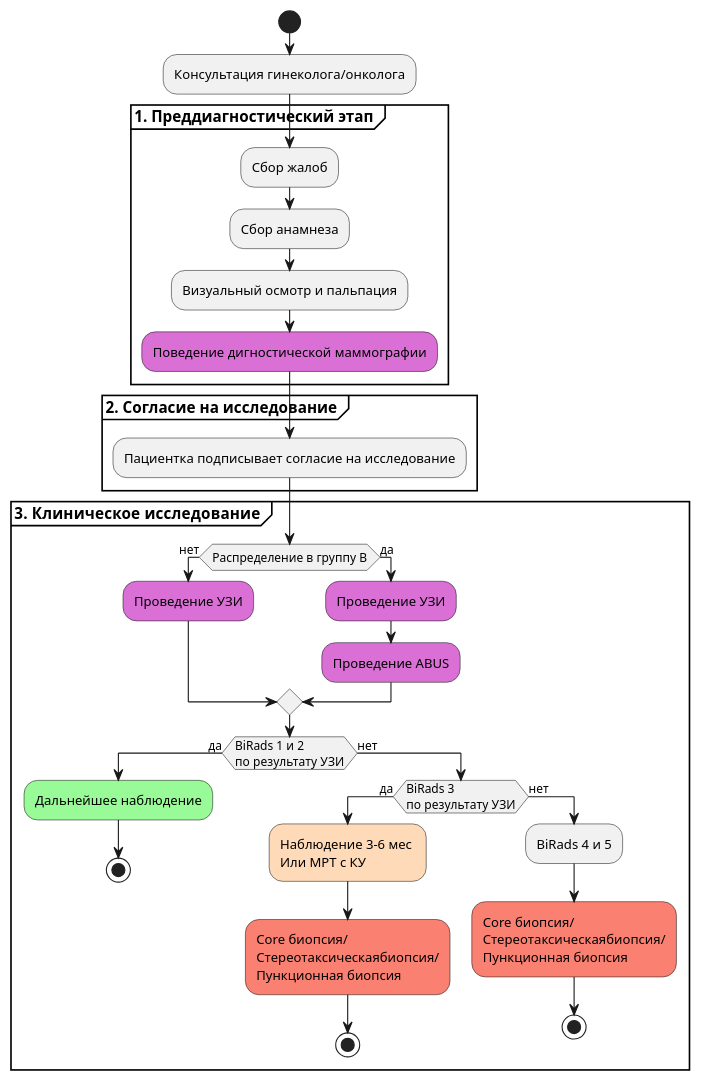
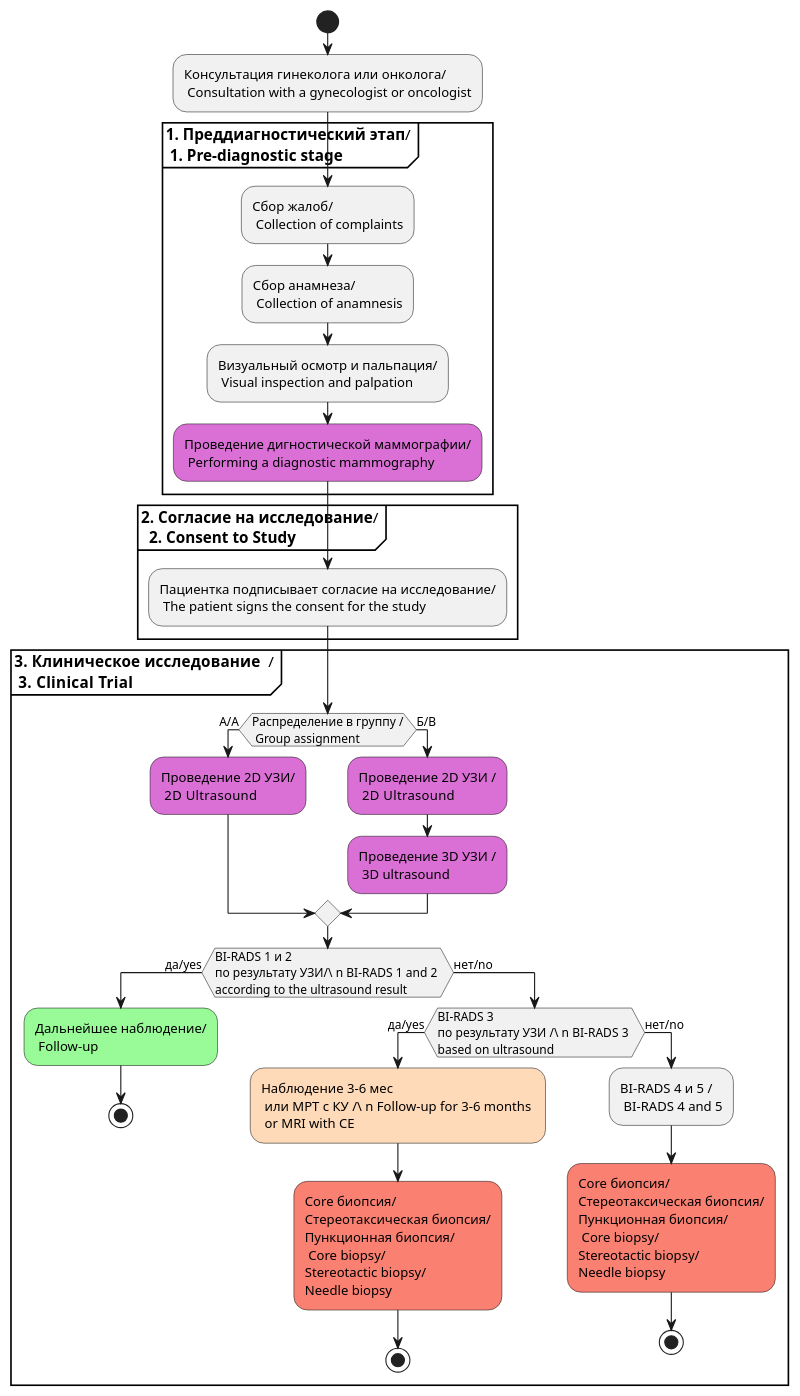
One commit to AndreyPovaliy/ABUS_US_diagnostics changed the diagram in Text_work/Articles/Snr_abus_accur/sheme1.puml. Above: the diagram before and after it, drawn with PlantUML. The commit also changed 52 other files, not shown here.

```diff
--- a/Text_work/Articles/Snr_abus_accur/sheme1.puml
+++ b/Text_work/Articles/Snr_abus_accur/sheme1.puml
@@ -1,42 +1,41 @@
 @startuml
 start
-:Консультация гинеколога/онколога;
-group <b>1. Преддиагностический этап </b>
-:Сбор жалоб;
-:Сбор анамнеза;
-:Визуальный осмотр и пальпация;
-#Orchid:Поведение дигностической маммографии;
+:Консультация гинеколога или онколога/\n Consultation with a gynecologist or oncologist;
+group <b>1. Преддиагностический этап</b>/\n <b>1. Pre-diagnostic stage </b>
+:Сбор жалоб/\n Collection of complaints;
+:Сбор анамнеза/\n Collection of anamnesis;
+:Визуальный осмотр и пальпация/\n Visual inspection and palpation;
+#Orchid:Проведение дигностической маммографии/\n Performing a diagnostic mammography;
 end group
-group <b>2. Согласие на исследование </b>
-:Пациентка подписывает согласие на исследование;
+group <b>2. Согласие на исследование</b>/\n  <b>2. Consent to Study</b>
+:Пациентка подписывает согласие на исследование/\n The patient signs the consent for the study;
 end group
 
-group <b>3.  Клиническое исследование </b>
-if (Распределение в группу B) then (нет)
-#Orchid:Проведение УЗИ;
+group <b>3.  Клиническое исследование </b> /\n <b>3.  Clinical Trial </b>
+if (Распределение в группу /\n Group assignment ) then (А/А)
+#Orchid:Проведение 2D УЗИ/\n 2D  Ultrasound;
 
 
 
 
+else(Б/B)
 
-else(да)
+#Orchid:Проведение 2D УЗИ /\n 2D  Ultrasound;
 
-#Orchid:Проведение УЗИ;
-
-#Orchid:Проведение ABUS;
+#Orchid:Проведение 3D УЗИ /\n 3D ultrasound;
 
 endif
 
-if (BiRads 1 и 2 \nпо результату УЗИ) then (да)
-#palegreen:Дальнейшее наблюдение;
+if (BI-RADS 1 и 2 \nпо результату УЗИ/\ n BI-RADS 1 and 2 \naccording to the ultrasound result) then (да/yes)
+#palegreen:Дальнейшее наблюдение/\n Follow-up;
 stop
-else(нет)
-if  (BiRads 3 \nпо результату УЗИ) then (да)
-#PeachPuff:Наблюдение 3-6 мес \nИли МРТ с КУ;
-#salmon:Core биопсия/\nСтереотаксическаябиопсия/\nПункционная биопсия;
+else(нет/no)
+if  (BI-RADS 3 \nпо результату УЗИ /\ n BI-RADS 3 \nbased on ultrasound) then (да/yes)
+#PeachPuff:Наблюдение 3-6 мес \n или МРТ с КУ /\ n Follow-up for 3-6 months \n or MRI with CE;
+#salmon:Core биопсия/\nСтереотаксическая биопсия/\nПункционная биопсия/\n Core biopsy/\nStereotactic biopsy/\nNeedle biopsy;
 stop
-else(нет)
-:BiRads 4 и 5;
-#salmon:Core биопсия/\nСтереотаксическаябиопсия/\nПункционная биопсия;
+else(нет/no)
+:BI-RADS 4 и 5 /\n BI-RADS 4 and 5;
+#salmon:Core биопсия/\nСтереотаксическая биопсия/\nПункционная биопсия/\n Core biopsy/\nStereotactic biopsy/\nNeedle biopsy;
 stop
 @endumll
```
